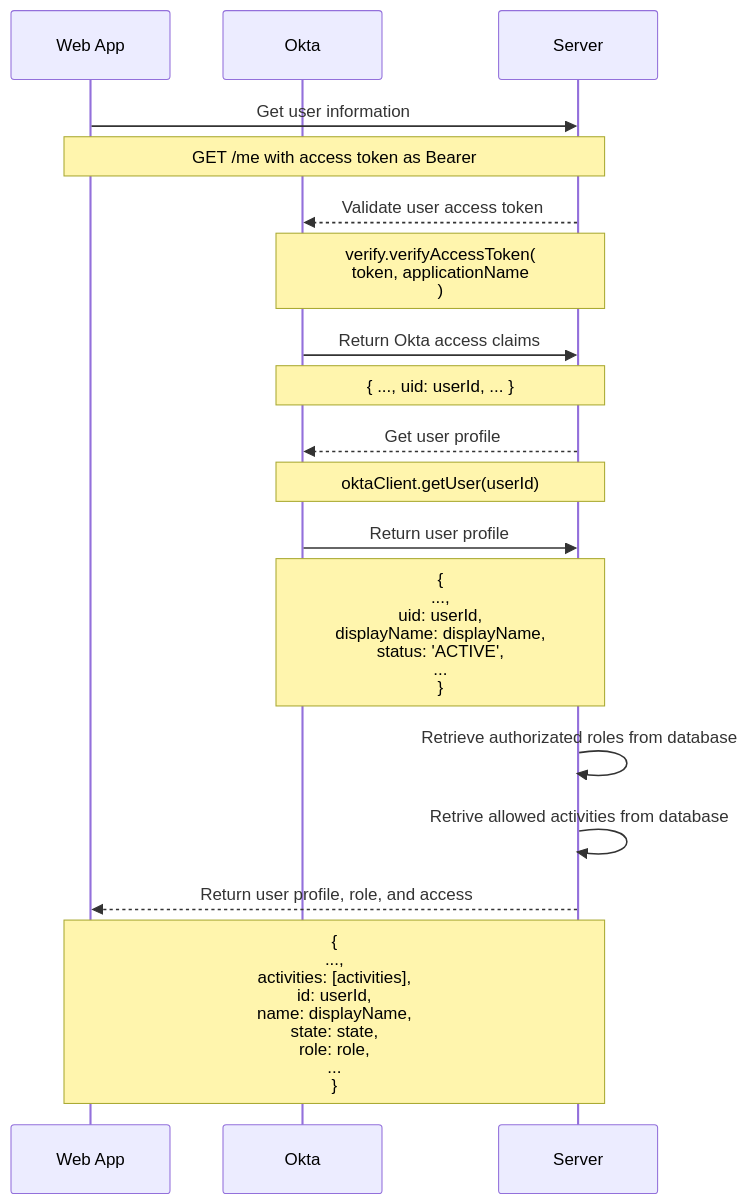
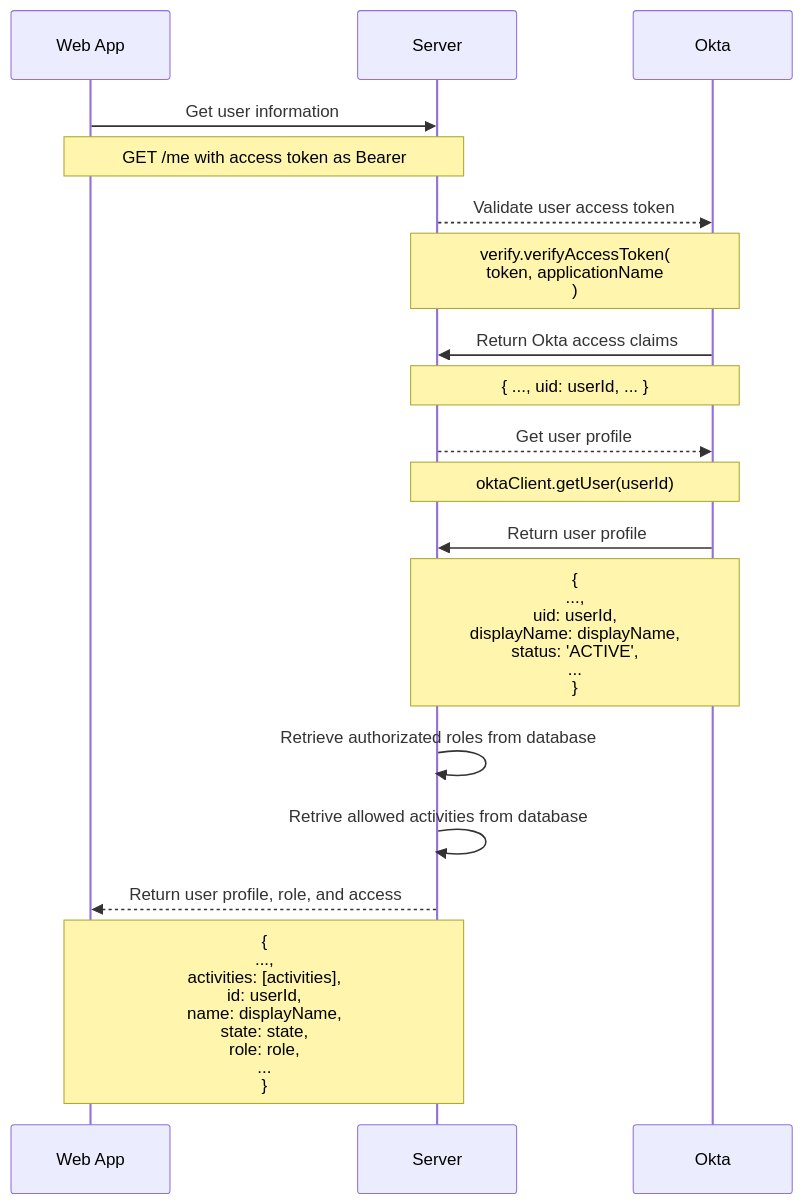
One commit to Enterprise-CMCS/eAPD changed the diagram in documentation/sequence-diagram-authorization.md. Above: the diagram before and after it, drawn with Mermaid. The commit also changed other lines of this file and 1 other file, not shown here.

Commit message:
updated authorization sequence diagram

````diff
--- a/documentation/sequence-diagram-authorization.md
+++ b/documentation/sequence-diagram-authorization.md
@@ -1,21 +1,21 @@
 ```mermaid
 sequenceDiagram
   participant W as Web App
+  participant S as Server
   participant O as Okta
-  participant S as Server
 
   W->>S: Get user information
   Note over W,S: GET /me with access token as Bearer
   S-->>O: Validate user access token
   Note over O,S: verify.verifyAccessToken(<br/>token, applicationName<br/>)
   O->>S: Return Okta access claims
   Note over O,S: { ..., uid: userId, ... }
   S-->>O: Get user profile
   Note over O,S: oktaClient.getUser(userId)
   O->>S: Return user profile
   Note over O,S: { <br />...,<br/>uid: userId,<br />displayName: displayName,<br />status: 'ACTIVE',<br />... <br />}
   S->>S: Retrieve authorizated roles from database
   S->>S: Retrive allowed activities from database
   S-->>W: Return user profile, role, and access
   Note over W,S: {<br/>...,<br>activities: [activities],<br/>id: userId,<br/> name: displayName,<br/>state: state,<br/>role: role,<br/>...<br/>}
 ```
````
